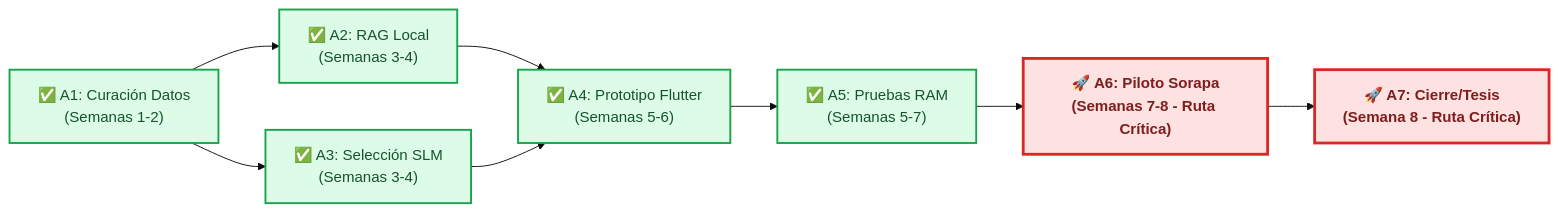
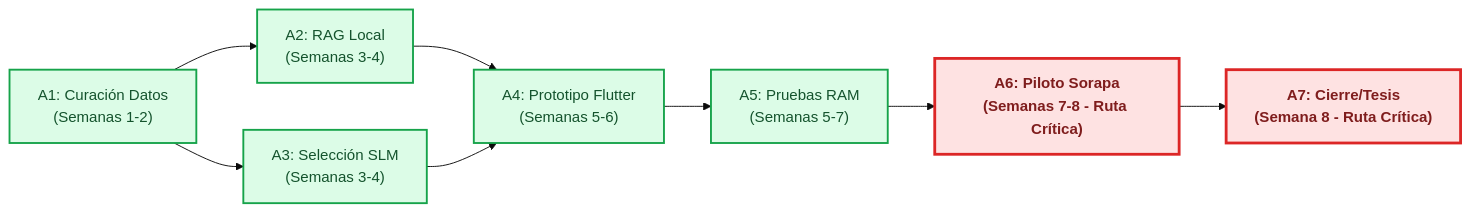
One commit to jhanslarico11/Perfil-de-Egreso changed the third of 5 diagrams in docs/ChristianRafaelMamaniCallata/entregable3.md. Above: the diagram before and after it, drawn with Mermaid (base theme). The commit also changed other lines of this file and 4 other files, not shown here.

Commit message:
Remocion de emojis de los diagramas Mermaid para una apariencia academica limpia

````diff
--- a/docs/ChristianRafaelMamaniCallata/entregable3.md
+++ b/docs/ChristianRafaelMamaniCallata/entregable3.md
@@ -225,16 +225,16 @@
 ```mermaid
 graph LR
     classDef critical fill:#fee2e2,stroke:#dc2626,stroke-width:3px,color:#7f1d1d,font-weight:bold;
     classDef done fill:#dcfce7,stroke:#16a34a,stroke-width:2px,color:#14532d;
 
-    A1["✅ A1: Curación Datos<br>(Semanas 1-2)"]:::done --> A2["✅ A2: RAG Local<br>(Semanas 3-4)"]:::done
-    A1 --> A3["✅ A3: Selección SLM<br>(Semanas 3-4)"]:::done
-    A2 --> A4["✅ A4: Prototipo Flutter<br>(Semanas 5-6)"]:::done
+    A1["A1: Curación Datos<br>(Semanas 1-2)"]:::done --> A2["A2: RAG Local<br>(Semanas 3-4)"]:::done
+    A1 --> A3["A3: Selección SLM<br>(Semanas 3-4)"]:::done
+    A2 --> A4["A4: Prototipo Flutter<br>(Semanas 5-6)"]:::done
     A3 --> A4
-    A4 --> A5["✅ A5: Pruebas RAM<br>(Semanas 5-7)"]:::done
-    A5 --> A6["🚀 A6: Piloto Sorapa<br>(Semanas 7-8 - Ruta Crítica)"]:::critical
-    A6 --> A7["🚀 A7: Cierre/Tesis<br>(Semana 8 - Ruta Crítica)"]:::critical
+    A4 --> A5["A5: Pruebas RAM<br>(Semanas 5-7)"]:::done
+    A5 --> A6["A6: Piloto Sorapa<br>(Semanas 7-8 - Ruta Crítica)"]:::critical
+    A6 --> A7["A7: Cierre/Tesis<br>(Semana 8 - Ruta Crítica)"]:::critical
 
     style A6 stroke-width:3px;
     style A7 stroke-width:3px;
 ```
````
